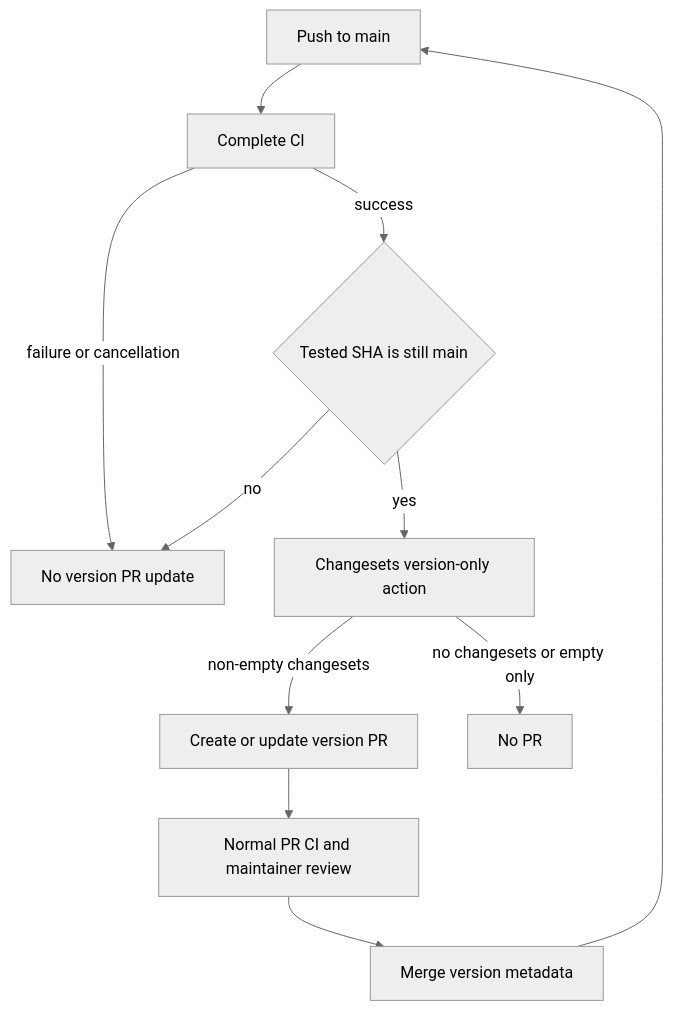
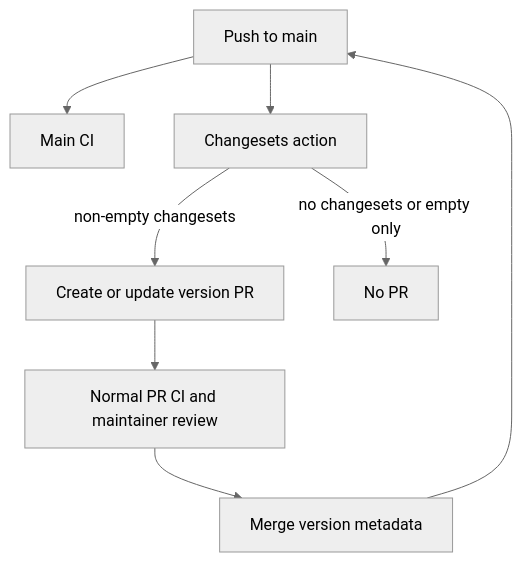
Before and after one commit to narumiruna/fitness: the diagram in docs/releasing.md, drawn with Mermaid (neutral theme). The commit also changed other lines of this file and 3 other files, not shown here.

````diff
--- a/docs/releasing.md
+++ b/docs/releasing.md
@@ -27,13 +29,10 @@
 ```mermaid
 flowchart TD
-  A["Push to main"] --> B["Complete CI"]
-  B -->|success| C{"Tested SHA is still main"}
-  B -->|failure or cancellation| D["No version PR update"]
-  C -->|no| D
-  C -->|yes| E["Changesets version-only action"]
-  E -->|non-empty changesets| F["Create or update version PR"]
-  E -->|no changesets or empty only| G["No PR"]
-  F --> H["Normal PR CI and maintainer review"]
-  H --> I["Merge version metadata"]
-  I --> A
+  A["Push to main"] --> B["Main CI"]
+  A --> C["Changesets action"]
+  C -->|non-empty changesets| D["Create or update version PR"]
+  C -->|no changesets or empty only| E["No PR"]
+  D --> F["Normal PR CI and maintainer review"]
+  F --> G["Merge version metadata"]
+  G --> A
 ```
````
